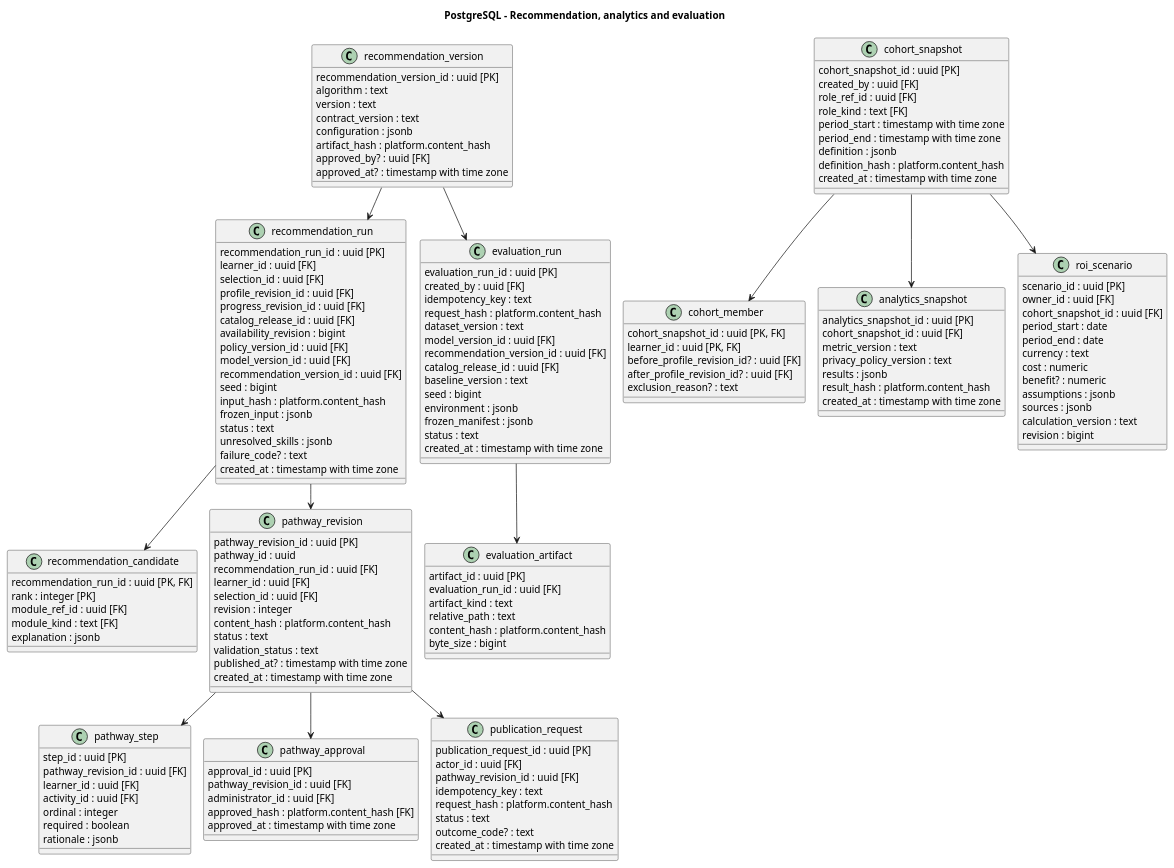
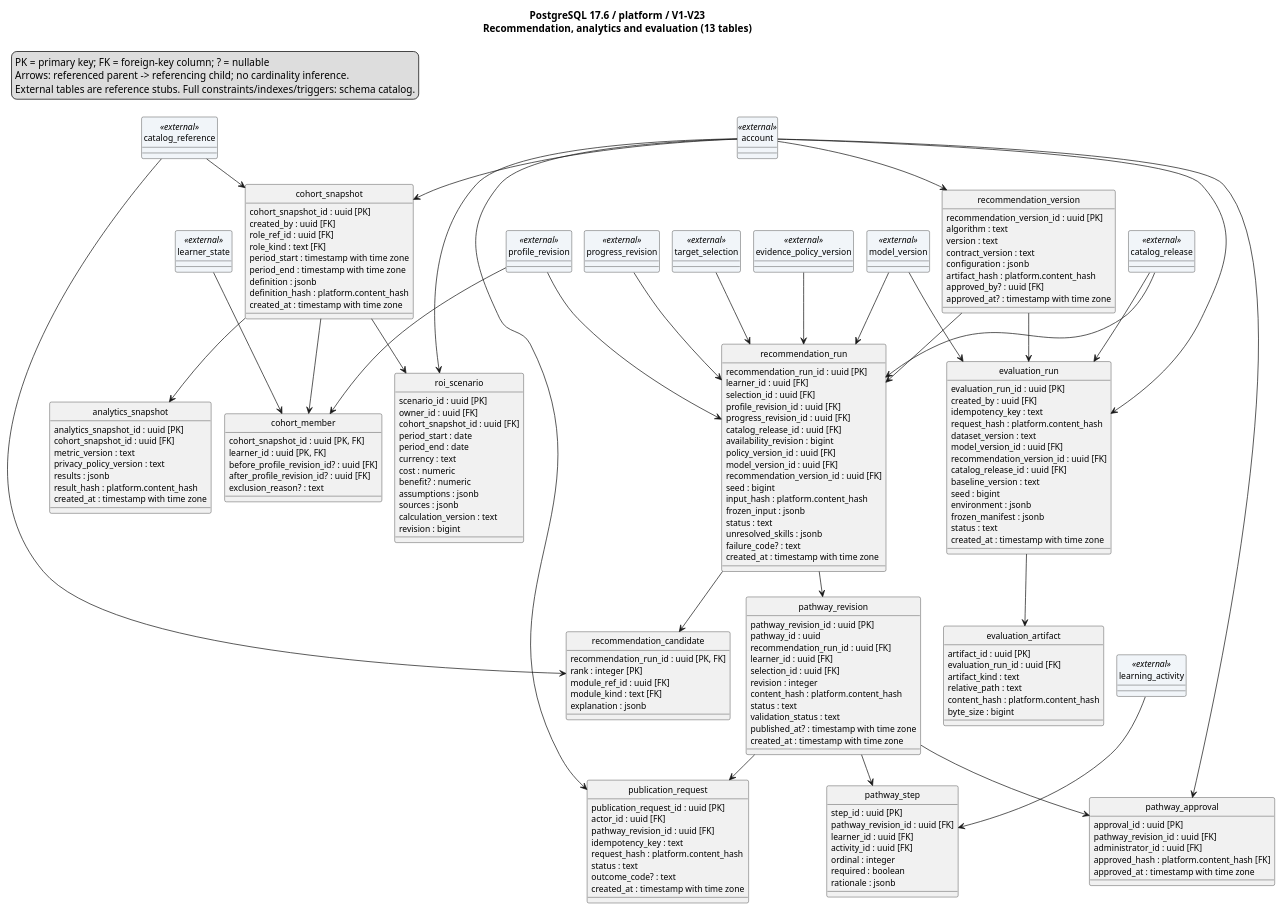
Before and after one commit to SEP490-Fall-2026-GFA26SE64/SEP490: the diagram in documents/diagrams/postgresql-pathway.puml, drawn with PlantUML. The commit also changed 20 other files, not shown here.

Commit message:
docs(schema): regenerate PostgreSQL V23 diagrams and metadata catalog

```diff
--- a/documents/diagrams/postgresql-pathway.puml
+++ b/documents/diagrams/postgresql-pathway.puml
@@ -1,157 +1,195 @@
 @startuml
 !pragma layout smetana
 top to bottom direction
 skinparam shadowing false
-title PostgreSQL - Recommendation, analytics and evaluation
+hide circle
+skinparam classAttributeIconSize 0
+skinparam defaultFontName SansSerif
+skinparam defaultFontSize 12
+title PostgreSQL 17.6 / platform / V1-V23\nRecommendation, analytics and evaluation (13 tables)
+legend top left
+PK = primary key; FK = foreign-key column; ? = nullable
+Arrows: referenced parent -> referencing child; no cardinality inference.
+External tables are reference stubs. Full constraints/indexes/triggers: schema catalog.
+endlegend
 class recommendation_version {
-    recommendation_version_id : uuid [PK]
-    algorithm : text
-    version : text
-    contract_version : text
-    configuration : jsonb
-    artifact_hash : platform.content_hash
-    approved_by? : uuid [FK]
-    approved_at? : timestamp with time zone
+  recommendation_version_id : uuid [PK]
+  algorithm : text
+  version : text
+  contract_version : text
+  configuration : jsonb
+  artifact_hash : platform.content_hash
+  approved_by? : uuid [FK]
+  approved_at? : timestamp with time zone
 }
 class recommendation_run {
-    recommendation_run_id : uuid [PK]
-    learner_id : uuid [FK]
-    selection_id : uuid [FK]
-    profile_revision_id : uuid [FK]
-    progress_revision_id : uuid [FK]
-    catalog_release_id : uuid [FK]
-    availability_revision : bigint
-    policy_version_id : uuid [FK]
-    model_version_id : uuid [FK]
-    recommendation_version_id : uuid [FK]
-    seed : bigint
-    input_hash : platform.content_hash
-    frozen_input : jsonb
-    status : text
-    unresolved_skills : jsonb
-    failure_code? : text
-    created_at : timestamp with time zone
+  recommendation_run_id : uuid [PK]
+  learner_id : uuid [FK]
+  selection_id : uuid [FK]
+  profile_revision_id : uuid [FK]
+  progress_revision_id : uuid [FK]
+  catalog_release_id : uuid [FK]
+  availability_revision : bigint
+  policy_version_id : uuid [FK]
+  model_version_id : uuid [FK]
+  recommendation_version_id : uuid [FK]
+  seed : bigint
+  input_hash : platform.content_hash
+  frozen_input : jsonb
+  status : text
+  unresolved_skills : jsonb
+  failure_code? : text
+  created_at : timestamp with time zone
 }
 class recommendation_candidate {
-    recommendation_run_id : uuid [PK, FK]
-    rank : integer [PK]
-    module_ref_id : uuid [FK]
-    module_kind : text [FK]
-    explanation : jsonb
+  recommendation_run_id : uuid [PK, FK]
+  rank : integer [PK]
+  module_ref_id : uuid [FK]
+  module_kind : text [FK]
+  explanation : jsonb
 }
 class pathway_revision {
-    pathway_revision_id : uuid [PK]
-    pathway_id : uuid
-    recommendation_run_id : uuid [FK]
-    learner_id : uuid [FK]
-    selection_id : uuid [FK]
-    revision : integer
-    content_hash : platform.content_hash
-    status : text
-    validation_status : text
-    published_at? : timestamp with time zone
-    created_at : timestamp with time zone
+  pathway_revision_id : uuid [PK]
+  pathway_id : uuid
+  recommendation_run_id : uuid [FK]
+  learner_id : uuid [FK]
+  selection_id : uuid [FK]
+  revision : integer
+  content_hash : platform.content_hash
+  status : text
+  validation_status : text
+  published_at? : timestamp with time zone
+  created_at : timestamp with time zone
 }
 class pathway_step {
-    step_id : uuid [PK]
-    pathway_revision_id : uuid [FK]
-    learner_id : uuid [FK]
-    activity_id : uuid [FK]
-    ordinal : integer
-    required : boolean
-    rationale : jsonb
+  step_id : uuid [PK]
+  pathway_revision_id : uuid [FK]
+  learner_id : uuid [FK]
+  activity_id : uuid [FK]
+  ordinal : integer
+  required : boolean
+  rationale : jsonb
 }
 class pathway_approval {
-    approval_id : uuid [PK]
-    pathway_revision_id : uuid [FK]
-    administrator_id : uuid [FK]
-    approved_hash : platform.content_hash [FK]
-    approved_at : timestamp with time zone
+  approval_id : uuid [PK]
+  pathway_revision_id : uuid [FK]
+  administrator_id : uuid [FK]
+  approved_hash : platform.content_hash [FK]
+  approved_at : timestamp with time zone
 }
 class publication_request {
-    publication_request_id : uuid [PK]
-    actor_id : uuid [FK]
-    pathway_revision_id : uuid [FK]
-    idempotency_key : text
-    request_hash : platform.content_hash
-    status : text
-    outcome_code? : text
-    created_at : timestamp with time zone
+  publication_request_id : uuid [PK]
+  actor_id : uuid [FK]
+  pathway_revision_id : uuid [FK]
+  idempotency_key : text
+  request_hash : platform.content_hash
+  status : text
+  outcome_code? : text
+  created_at : timestamp with time zone
 }
 class cohort_snapshot {
-    cohort_snapshot_id : uuid [PK]
-    created_by : uuid [FK]
-    role_ref_id : uuid [FK]
-    role_kind : text [FK]
-    period_start : timestamp with time zone
-    period_end : timestamp with time zone
-    definition : jsonb
-    definition_hash : platform.content_hash
-    created_at : timestamp with time zone
+  cohort_snapshot_id : uuid [PK]
+  created_by : uuid [FK]
+  role_ref_id : uuid [FK]
+  role_kind : text [FK]
+  period_start : timestamp with time zone
+  period_end : timestamp with time zone
+  definition : jsonb
+  definition_hash : platform.content_hash
+  created_at : timestamp with time zone
 }
 class cohort_member {
-    cohort_snapshot_id : uuid [PK, FK]
-    learner_id : uuid [PK, FK]
-    before_profile_revision_id? : uuid [FK]
-    after_profile_revision_id? : uuid [FK]
-    exclusion_reason? : text
+  cohort_snapshot_id : uuid [PK, FK]
+  learner_id : uuid [PK, FK]
+  before_profile_revision_id? : uuid [FK]
+  after_profile_revision_id? : uuid [FK]
+  exclusion_reason? : text
 }
 class analytics_snapshot {
-    analytics_snapshot_id : uuid [PK]
-    cohort_snapshot_id : uuid [FK]
-    metric_version : text
-    privacy_policy_version : text
-    results : jsonb
-    result_hash : platform.content_hash
-    created_at : timestamp with time zone
+  analytics_snapshot_id : uuid [PK]
+  cohort_snapshot_id : uuid [FK]
+  metric_version : text
+  privacy_policy_version : text
+  results : jsonb
+  result_hash : platform.content_hash
+  created_at : timestamp with time zone
 }
 class roi_scenario {
-    scenario_id : uuid [PK]
-    owner_id : uuid [FK]
-    cohort_snapshot_id : uuid [FK]
-    period_start : date
-    period_end : date
-    currency : text
-    cost : numeric
-    benefit? : numeric
-    assumptions : jsonb
-    sources : jsonb
-    calculation_version : text
-    revision : bigint
+  scenario_id : uuid [PK]
+  owner_id : uuid [FK]
+  cohort_snapshot_id : uuid [FK]
+  period_start : date
+  period_end : date
+  currency : text
+  cost : numeric
+  benefit? : numeric
+  assumptions : jsonb
+  sources : jsonb
+  calculation_version : text
+  revision : bigint
 }
 class evaluation_run {
-    evaluation_run_id : uuid [PK]
-    created_by : uuid [FK]
-    idempotency_key : text
-    request_hash : platform.content_hash
-    dataset_version : text
-    model_version_id : uuid [FK]
-    recommendation_version_id : uuid [FK]
-    catalog_release_id : uuid [FK]
-    baseline_version : text
-    seed : bigint
-    environment : jsonb
-    frozen_manifest : jsonb
-    status : text
-    created_at : timestamp with time zone
+  evaluation_run_id : uuid [PK]
+  created_by : uuid [FK]
+  idempotency_key : text
+  request_hash : platform.content_hash
+  dataset_version : text
+  model_version_id : uuid [FK]
+  recommendation_version_id : uuid [FK]
+  catalog_release_id : uuid [FK]
+  baseline_version : text
+  seed : bigint
+  environment : jsonb
+  frozen_manifest : jsonb
+  status : text
+  created_at : timestamp with time zone
 }
 class evaluation_artifact {
-    artifact_id : uuid [PK]
-    evaluation_run_id : uuid [FK]
-    artifact_kind : text
-    relative_path : text
-    content_hash : platform.content_hash
-    byte_size : bigint
+  artifact_id : uuid [PK]
+  evaluation_run_id : uuid [FK]
+  artifact_kind : text
+  relative_path : text
+  content_hash : platform.content_hash
+  byte_size : bigint
 }
+class account <<external>> #F1F5F9
+class catalog_reference <<external>> #F1F5F9
+class catalog_release <<external>> #F1F5F9
+class evidence_policy_version <<external>> #F1F5F9
+class learner_state <<external>> #F1F5F9
+class learning_activity <<external>> #F1F5F9
+class model_version <<external>> #F1F5F9
+class profile_revision <<external>> #F1F5F9
+class progress_revision <<external>> #F1F5F9
+class target_selection <<external>> #F1F5F9
+account --> cohort_snapshot
+account --> evaluation_run
+account --> pathway_approval
+account --> publication_request
+account --> recommendation_version
+account --> roi_scenario
+catalog_reference --> cohort_snapshot
+catalog_reference --> recommendation_candidate
+catalog_release --> evaluation_run
+catalog_release --> recommendation_run
 cohort_snapshot --> analytics_snapshot
 cohort_snapshot --> cohort_member
 cohort_snapshot --> roi_scenario
 evaluation_run --> evaluation_artifact
+evidence_policy_version --> recommendation_run
+learner_state --> cohort_member
+learning_activity --> pathway_step
+model_version --> evaluation_run
+model_version --> recommendation_run
 pathway_revision --> pathway_approval
 pathway_revision --> pathway_step
 pathway_revision --> publication_request
+profile_revision --> cohort_member
+profile_revision --> recommendation_run
+progress_revision --> recommendation_run
 recommendation_run --> pathway_revision
 recommendation_run --> recommendation_candidate
 recommendation_version --> evaluation_run
 recommendation_version --> recommendation_run
+target_selection --> recommendation_run
 @enduml
```
